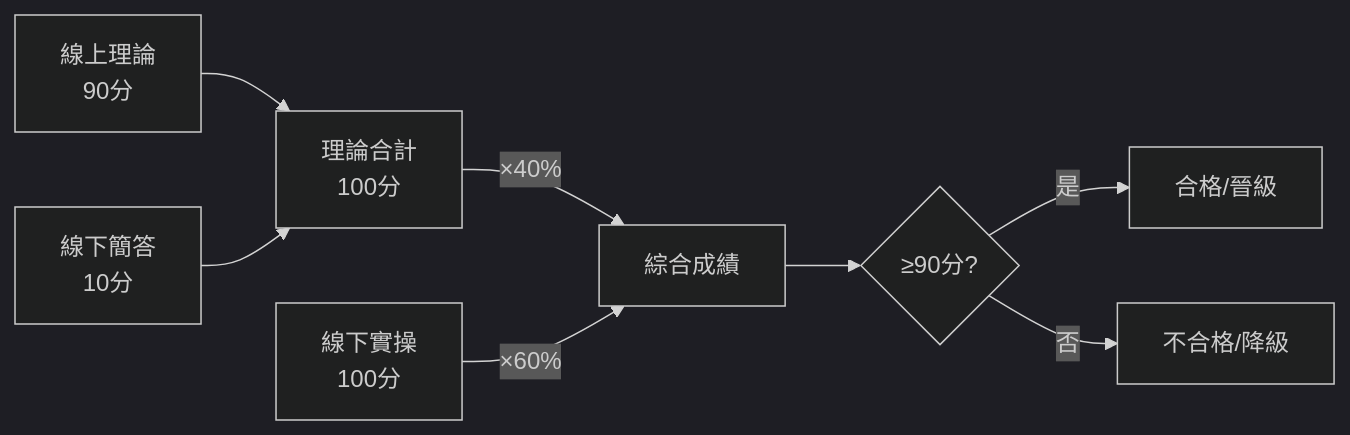
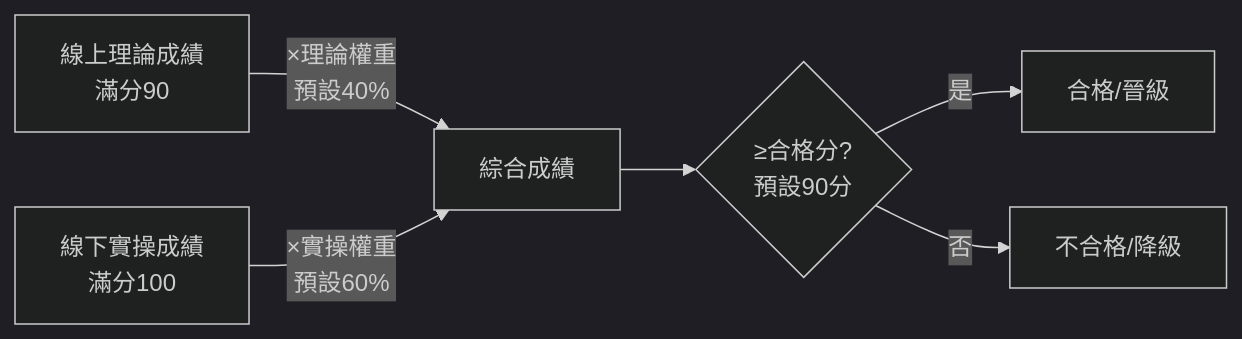
Before and after one commit to Aken-Teams/hr-online-test: the seventh of 7 diagrams in SDD-Client.md, drawn with Mermaid (dark theme). The commit also changed other lines of this file and 81 other files, not shown here.

````diff
--- a/SDD-Client.md
+++ b/SDD-Client.md
@@ -221,10 +255,8 @@
 ```mermaid
 graph LR
-    A[線上理論<br/>90分] --> C[理論合計<br/>100分]
-    B[線下簡答<br/>10分] --> C
-    C -->|×40%| E[綜合成績]
-    D[線下實操<br/>100分] -->|×60%| E
-    E --> F{≥90分?}
+    A[線上理論成績<br/>滿分90] -->|×理論權重<br/>預設40%| E[綜合成績]
+    D[線下實操成績<br/>滿分100] -->|×實操權重<br/>預設60%| E
+    E --> F{≥合格分?<br/>預設90分}
     F -->|是| G[合格/晉級]
     F -->|否| H[不合格/降級]
 ```
````
